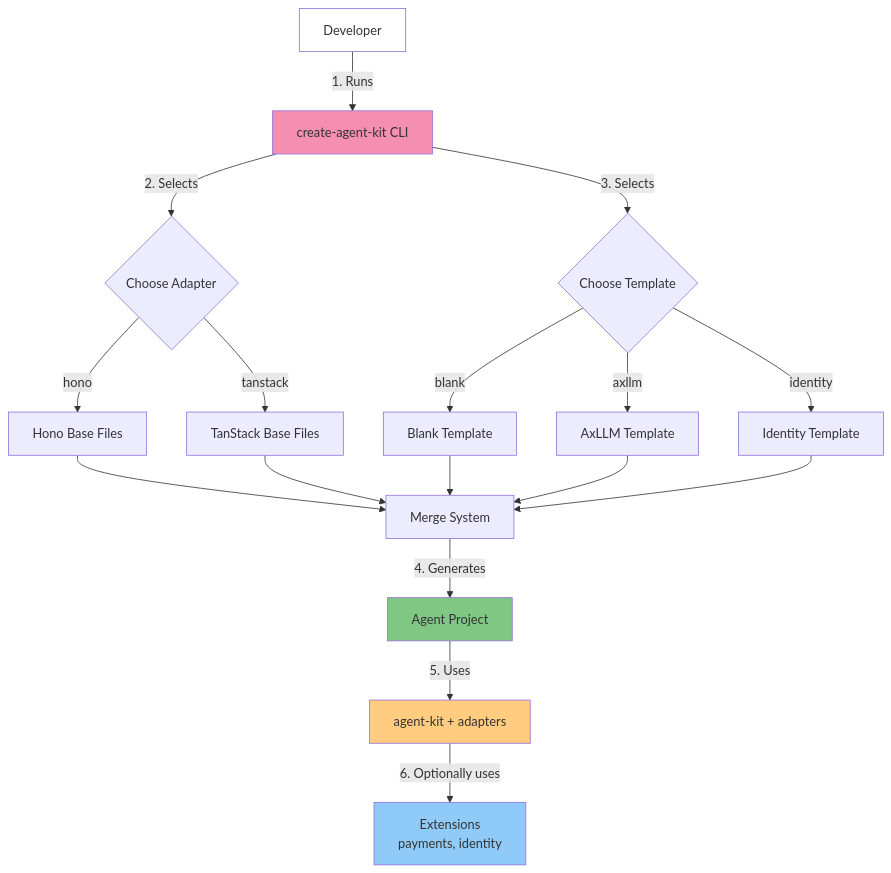
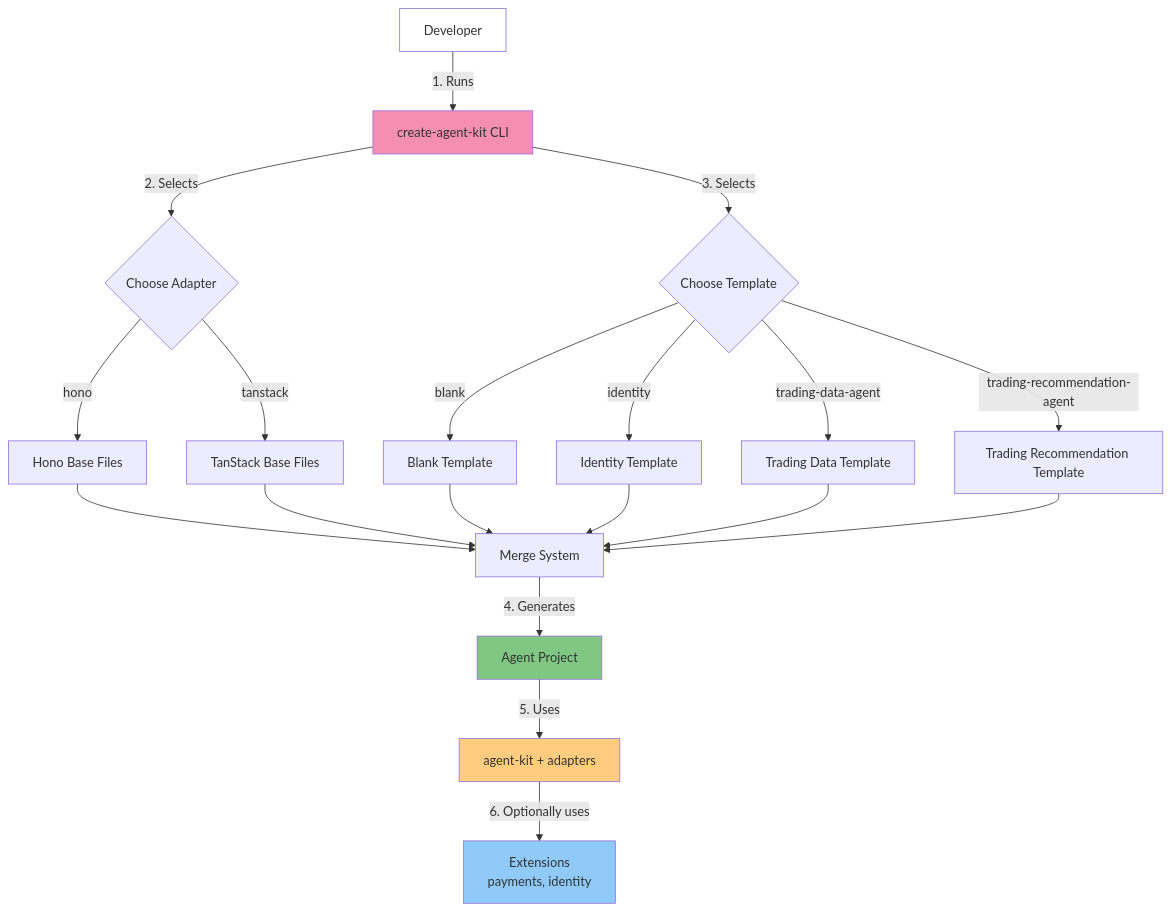
The third of 8 diagrams in docs/ARCHITECTURE.md (daydreamsai/lucid-agents), drawn with Mermaid before and after one commit. The commit also changed other lines of this file and 10 other files, not shown here.

````diff
--- a/docs/ARCHITECTURE.md
+++ b/docs/ARCHITECTURE.md
@@ -375,32 +375,34 @@
 ```mermaid
 graph TB
     dev[Developer]
 
     dev -->|1. Runs| cli[create-agent-kit CLI]
     cli -->|2. Selects| adapter{Choose Adapter}
     cli -->|3. Selects| template{Choose Template}
 
     adapter -->|hono| hono_files[Hono Base Files]
     adapter -->|tanstack| ts_files[TanStack Base Files]
 
     template -->|blank| t_blank[Blank Template]
-    template -->|axllm| t_axllm[AxLLM Template]
     template -->|identity| t_identity[Identity Template]
+    template -->|trading-data-agent| t_data[Trading Data Template]
+    template -->|trading-recommendation-agent| t_reco[Trading Recommendation Template]
 
     hono_files --> merge[Merge System]
     ts_files --> merge
     t_blank --> merge
-    t_axllm --> merge
     t_identity --> merge
+    t_data --> merge
+    t_reco --> merge
 
     merge -->|4. Generates| project[Agent Project]
 
     project -->|5. Uses| runtime[agent-kit + adapters]
     runtime -->|6. Optionally uses| extensions[Extensions<br/>payments, identity]
 
     style dev fill:#fff
     style cli fill:#f48fb1
     style project fill:#81c784
     style runtime fill:#ffcc80
     style extensions fill:#90caf9
 ```
````
